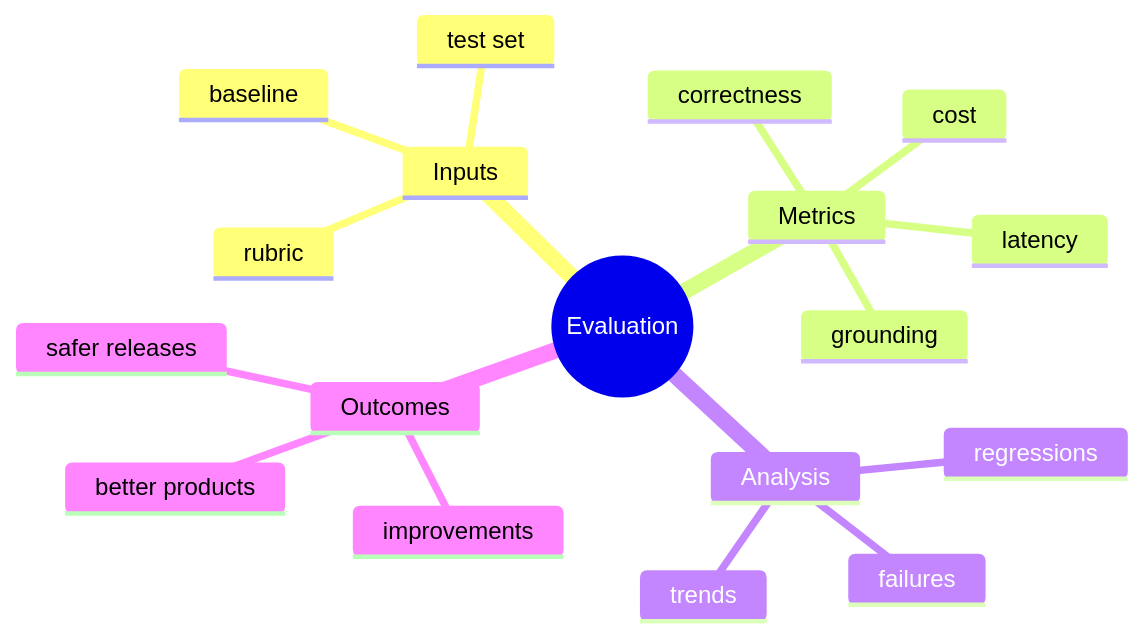
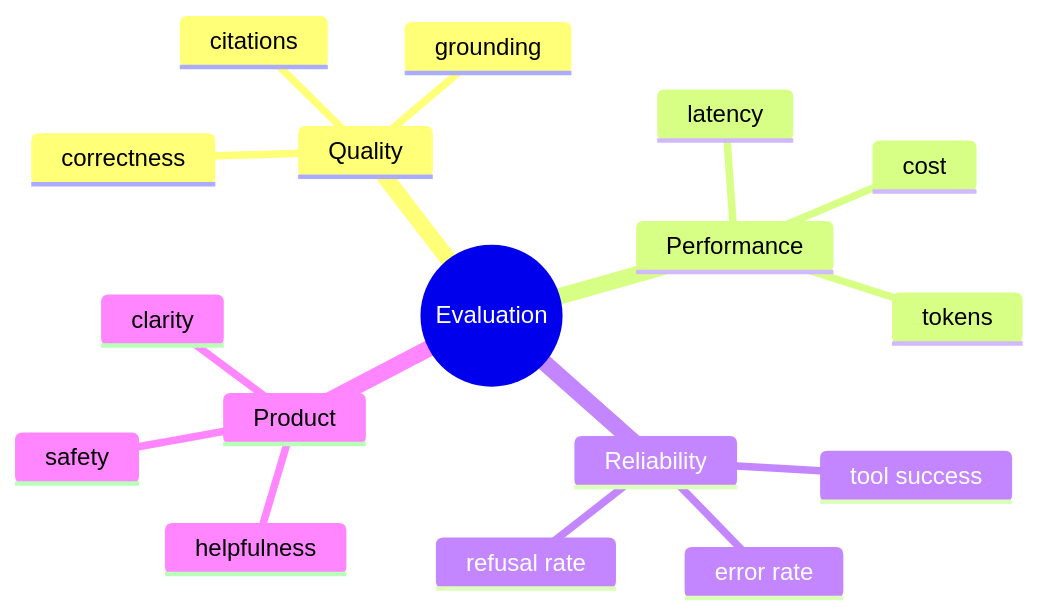
The eighth of 12 diagrams in day_27/day_27_evaluation.md (Asabeneh/30-Days-Of-AI-Engineering), drawn with Mermaid before and after one commit. The commit also changed other lines of this file and 49 other files, not shown here.

````diff
--- a/day_27/day_27_evaluation.md
+++ b/day_27/day_27_evaluation.md
@@ -207,21 +311,20 @@
 ```mermaid
 mindmap
   root((Evaluation))
-    Inputs
-      test set
-      rubric
-      baseline
-    Metrics
+    Quality
       correctness
       grounding
+      citations
+    Performance
       latency
       cost
-    Analysis
-      failures
-      regressions
-      trends
-    Outcomes
-      improvements
-      safer releases
-      better products
+      tokens
+    Reliability
+      tool success
+      error rate
+      refusal rate
+    Product
+      helpfulness
+      clarity
+      safety
 ```
````
